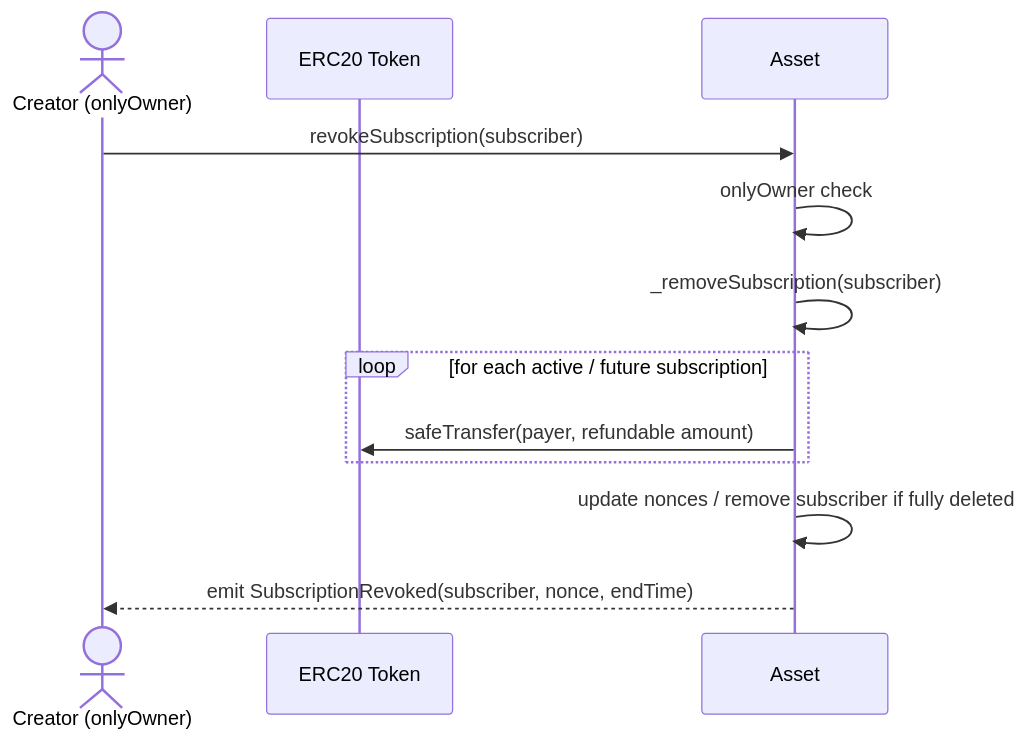
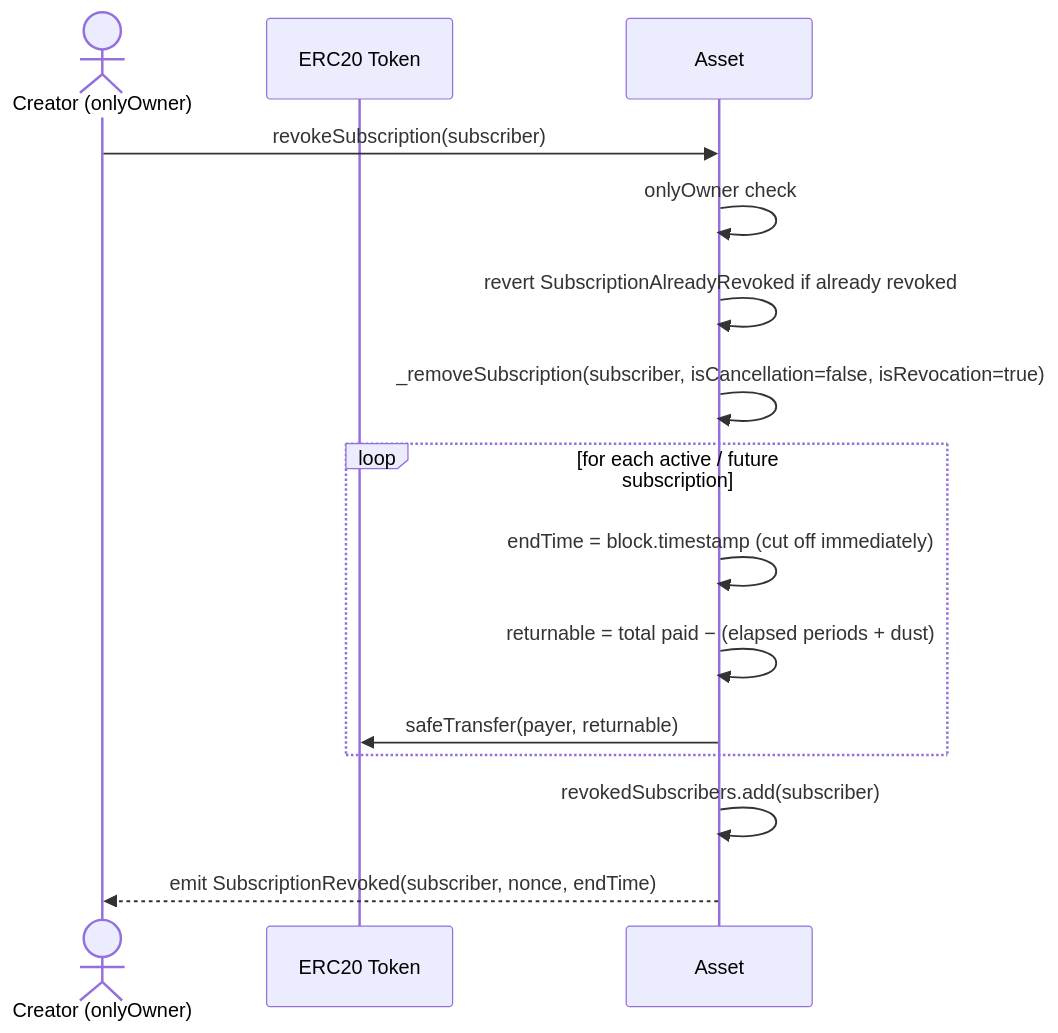
Before and after one commit to ChainSafe/open-creator-rails: the sixth of 11 diagrams in docs/execution-flows.md, drawn with Mermaid. The commit also changed other lines of this file and 7 other files, not shown here.

````diff
--- a/docs/execution-flows.md
+++ b/docs/execution-flows.md
@@ -242,17 +250,20 @@
 ```mermaid
 sequenceDiagram
     actor C as Creator (onlyOwner)
     participant ERC20 as ERC20 Token
     participant A as Asset
 
     C->>A: revokeSubscription(subscriber)
     A->>A: onlyOwner check
+    A->>A: revert SubscriptionAlreadyRevoked if already revoked
 
-    A->>A: _removeSubscription(subscriber)
+    A->>A: _removeSubscription(subscriber, isCancellation=false, isRevocation=true)
     loop for each active / future subscription
-        A->>ERC20: safeTransfer(payer, refundable amount)
+        A->>A: endTime = block.timestamp (cut off immediately)
+        A->>A: returnable = total paid − (elapsed periods + dust)
+        A->>ERC20: safeTransfer(payer, returnable)
     end
-    A->>A: update nonces / remove subscriber if fully deleted
+    A->>A: revokedSubscribers.add(subscriber)
 
     A-->>C: emit SubscriptionRevoked(subscriber, nonce, endTime)
 ```
````
